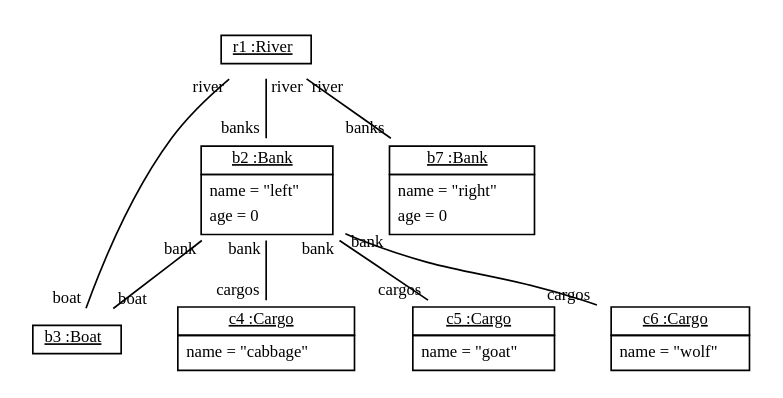
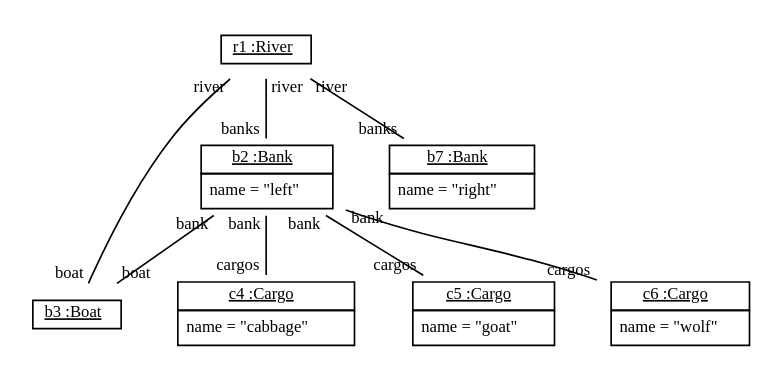
The diagram in doc/FerrymansProblemExample3.dot (fujaba/SDMLib), drawn with Graphviz before and after one commit. The commit also changed 303 other files, not shown here.

```diff
--- a/doc/FerrymansProblemExample3.dot
+++ b/doc/FerrymansProblemExample3.dot
@@ -1,21 +1,21 @@
 graph ObjectDiagram {
    node [shape = none, fontsize = 10];
    edge [fontsize = 10];
    compound=true;
 
 r1 [label=<<table border='0' cellborder='1' cellspacing='0'> <tr> <td href="../test/org/sdmlib/models/patterns/example/ferrmansproblem/River.java"> <u>r1 :River</u></td></tr></table>>];
-b2 [label=<<table border='0' cellborder='1' cellspacing='0'> <tr> <td href="../test/org/sdmlib/models/patterns/example/ferrmansproblem/Bank.java"> <u>b2 :Bank</u></td></tr><tr><td><table border='0' cellborder='0' cellspacing='0'><tr><td align='left'>name = "left"</td></tr><tr><td align='left'>age = 0</td></tr></table></td></tr></table>>];
+b2 [label=<<table border='0' cellborder='1' cellspacing='0'> <tr> <td href="../test/org/sdmlib/models/patterns/example/ferrmansproblem/Bank.java"> <u>b2 :Bank</u></td></tr><tr><td><table border='0' cellborder='0' cellspacing='0'><tr><td align='left'>name = "left"</td></tr></table></td></tr></table>>];
 b3 [label=<<table border='0' cellborder='1' cellspacing='0'> <tr> <td href="../test/org/sdmlib/models/patterns/example/ferrmansproblem/Boat.java"> <u>b3 :Boat</u></td></tr></table>>];
 c4 [label=<<table border='0' cellborder='1' cellspacing='0'> <tr> <td href="../test/org/sdmlib/models/patterns/example/ferrmansproblem/Cargo.java"> <u>c4 :Cargo</u></td></tr><tr><td><table border='0' cellborder='0' cellspacing='0'><tr><td align='left'>name = "cabbage"</td></tr></table></td></tr></table>>];
 c5 [label=<<table border='0' cellborder='1' cellspacing='0'> <tr> <td href="../test/org/sdmlib/models/patterns/example/ferrmansproblem/Cargo.java"> <u>c5 :Cargo</u></td></tr><tr><td><table border='0' cellborder='0' cellspacing='0'><tr><td align='left'>name = "goat"</td></tr></table></td></tr></table>>];
 c6 [label=<<table border='0' cellborder='1' cellspacing='0'> <tr> <td href="../test/org/sdmlib/models/patterns/example/ferrmansproblem/Cargo.java"> <u>c6 :Cargo</u></td></tr><tr><td><table border='0' cellborder='0' cellspacing='0'><tr><td align='left'>name = "wolf"</td></tr></table></td></tr></table>>];
-b7 [label=<<table border='0' cellborder='1' cellspacing='0'> <tr> <td href="../test/org/sdmlib/models/patterns/example/ferrmansproblem/Bank.java"> <u>b7 :Bank</u></td></tr><tr><td><table border='0' cellborder='0' cellspacing='0'><tr><td align='left'>name = "right"</td></tr><tr><td align='left'>age = 0</td></tr></table></td></tr></table>>];
+b7 [label=<<table border='0' cellborder='1' cellspacing='0'> <tr> <td href="../test/org/sdmlib/models/patterns/example/ferrmansproblem/Bank.java"> <u>b7 :Bank</u></td></tr><tr><td><table border='0' cellborder='0' cellspacing='0'><tr><td align='left'>name = "right"</td></tr></table></td></tr></table>>];
 
 r1 -- b2 [headlabel = "banks" taillabel = "river"];
 r1 -- b7 [headlabel = "banks" taillabel = "river"];
 r1 -- b3 [headlabel = "boat" taillabel = "river"];
 b2 -- b3 [headlabel = "boat" taillabel = "bank"];
 b2 -- c4 [headlabel = "cargos" taillabel = "bank"];
 b2 -- c5 [headlabel = "cargos" taillabel = "bank"];
 b2 -- c6 [headlabel = "cargos" taillabel = "bank"];
 }
```
